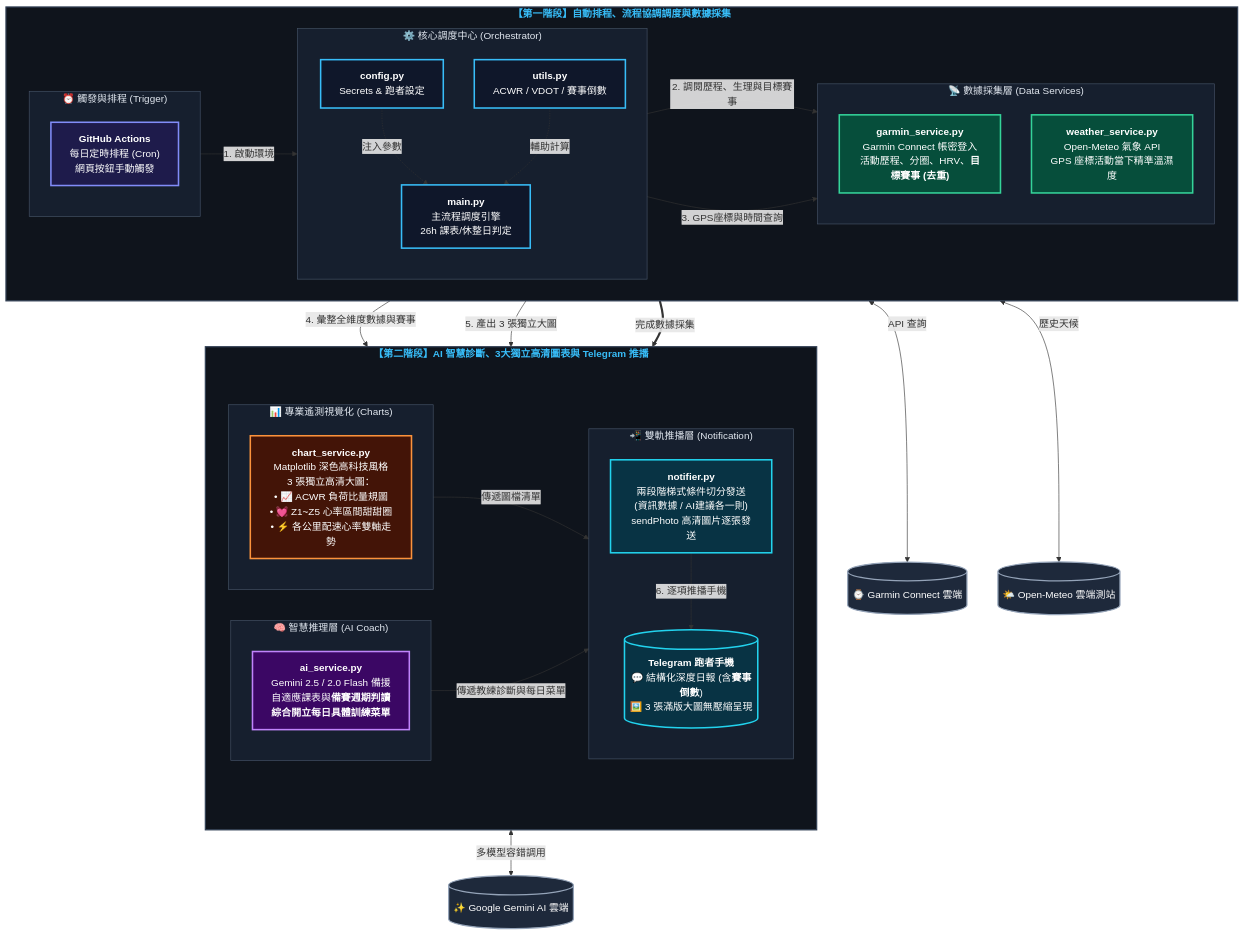
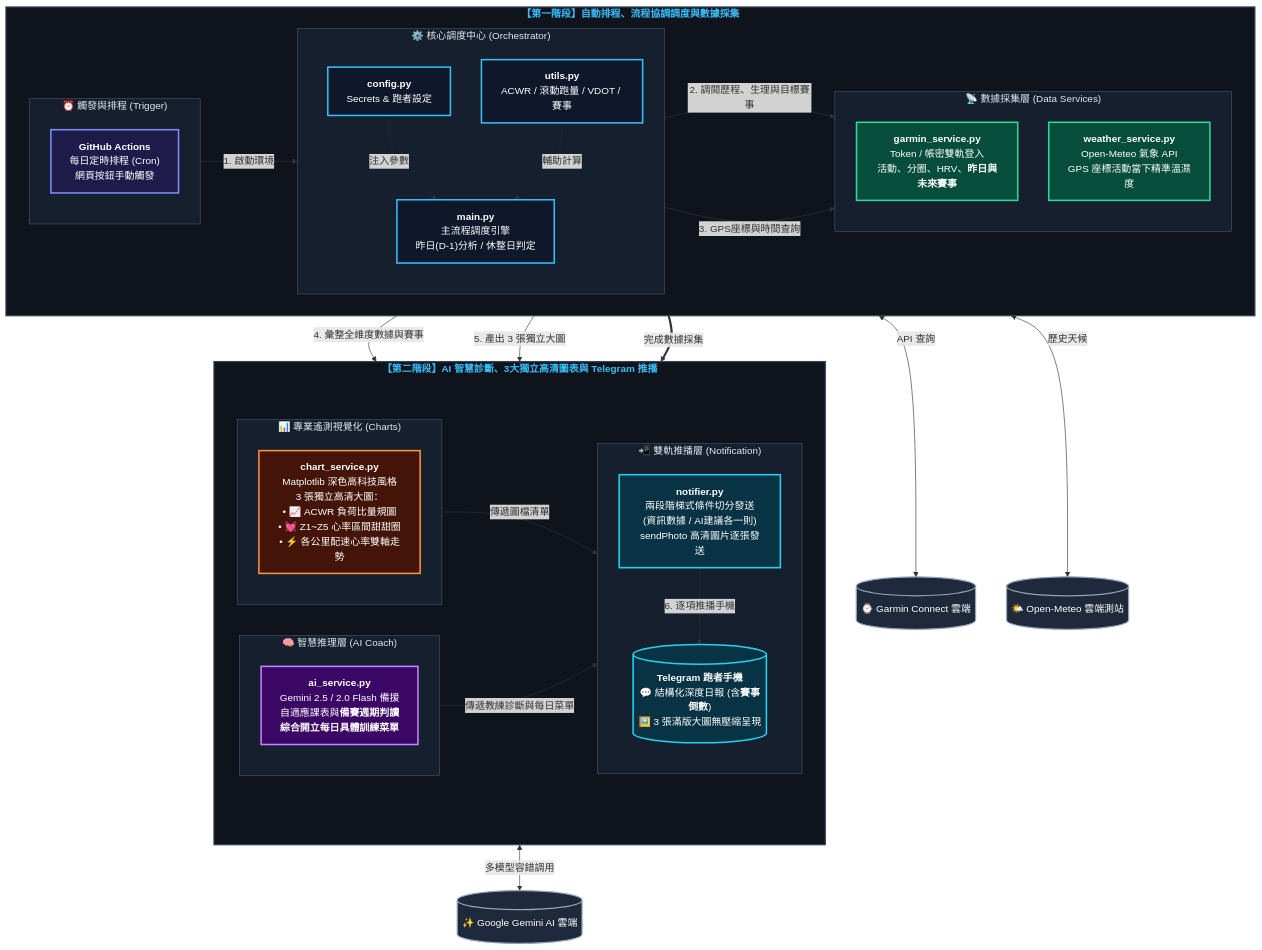
Before and after one commit to flin1009/AI_Coach: the diagram in README.md, drawn with Mermaid. The commit also changed other lines of this file and 3 other files, not shown here.

```diff
--- a/README.md
+++ b/README.md
@@ -47,14 +47,14 @@
 
         subgraph G_CORE["⚙️ 核心調度中心 (Orchestrator)"]
             direction TB
-            MAIN["<b>main.py</b><br/>主流程調度引擎<br/>26h 課表/休整日判定"]
+            MAIN["<b>main.py</b><br/>主流程調度引擎<br/>昨日(D-1)分析 / 休整日判定"]
             CONF["<b>config.py</b><br/>Secrets & 跑者設定"]
-            UTIL["<b>utils.py</b><br/>ACWR / VDOT / 賽事倒數"]
+            UTIL["<b>utils.py</b><br/>ACWR / 滾動跑量 / VDOT / 賽事"]
         end
 
         subgraph G_DATA["📡 數據採集層 (Data Services)"]
             direction TB
-            GARMIN["<b>garmin_service.py</b><br/>Garmin Connect 帳密登入<br/>活動歷程、分圈、HRV、<b>目標賽事 (去重)</b>"]
+            GARMIN["<b>garmin_service.py</b><br/>Token / 帳密雙軌登入<br/>活動、分圈、HRV、<b>昨日與未來賽事</b>"]
             WEATHER["<b>weather_service.py</b><br/>Open-Meteo 氣象 API<br/>GPS 座標活動當下精準溫濕度"]
         end
     end
```
